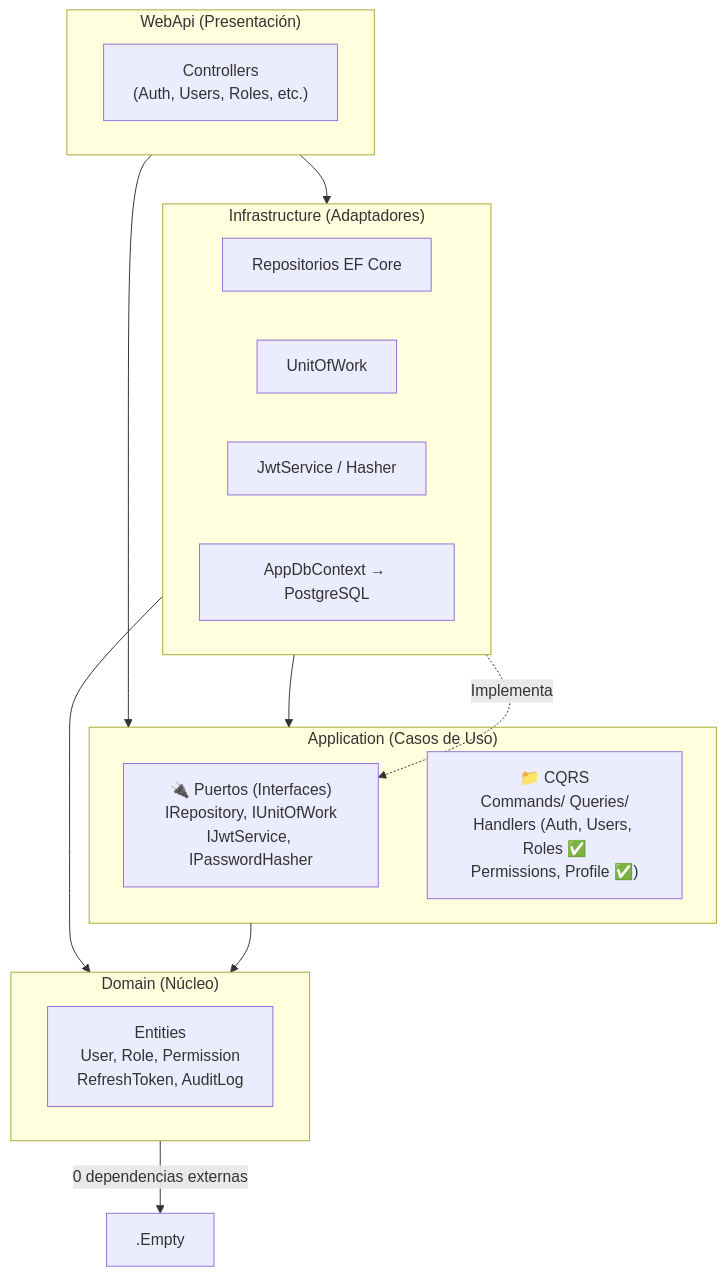
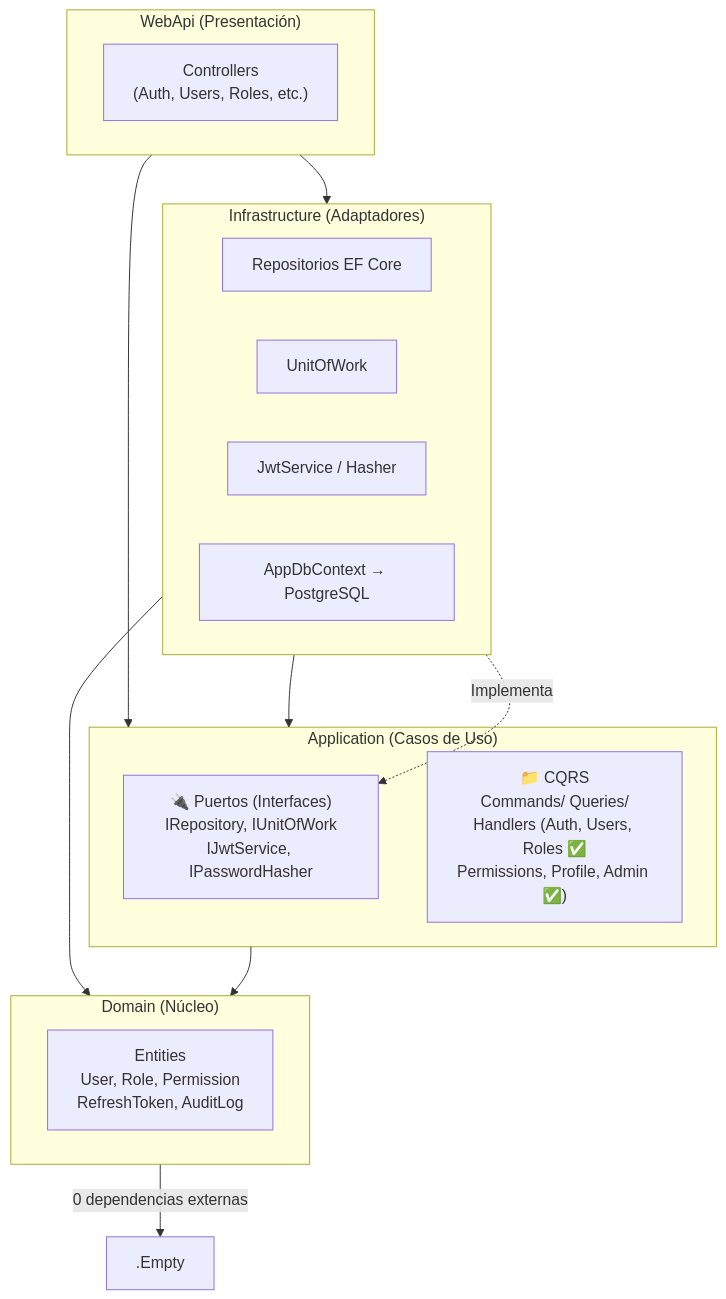
One commit to edgardo001/app-base-net-react changed the diagram in README.md. Above: the diagram before and after it, drawn with Mermaid. The commit also changed other lines of this file and 7 other files, not shown here.

Commit message:
docs: mark Admin as ✅ CQRS, update all README files

````diff
--- a/README.md
+++ b/README.md
@@ -68,31 +68,31 @@
 ```mermaid
 graph TD
     subgraph WebApi["WebApi (Presentación)"]
         Controllers["Controllers<br/>(Auth, Users, Roles, etc.)"]
     end
 
     subgraph Application["Application (Casos de Uso)"]
         Ports["🔌 Puertos (Interfaces)<br/>IRepository, IUnitOfWork<br/>IJwtService, IPasswordHasher"]
-        CQRS["📁 CQRS<br/>Commands/ Queries/<br/>Handlers (Auth, Users, Roles ✅<br/>Permissions, Profile ✅)"]
+        CQRS["📁 CQRS<br/>Commands/ Queries/<br/>Handlers (Auth, Users, Roles ✅<br/>Permissions, Profile, Admin ✅)"]
     end
 
     subgraph Domain["Domain (Núcleo)"]
         Entities["Entities<br/>User, Role, Permission<br/>RefreshToken, AuditLog"]
     end
 
     subgraph Infrastructure["Infrastructure (Adaptadores)"]
         Repos["Repositorios EF Core"]
         UoW["UnitOfWork"]
         Jwt["JwtService / Hasher"]
         DbCtx["AppDbContext → PostgreSQL"]
     end
 
     WebApi --> Application
     WebApi --> Infrastructure
     Infrastructure --> Application
     Infrastructure --> Domain
     Application --> Domain
     Domain -->|"0 dependencias externas"| .Empty
 
     Infrastructure -.->|"Implementa"| Ports
 ```
````
